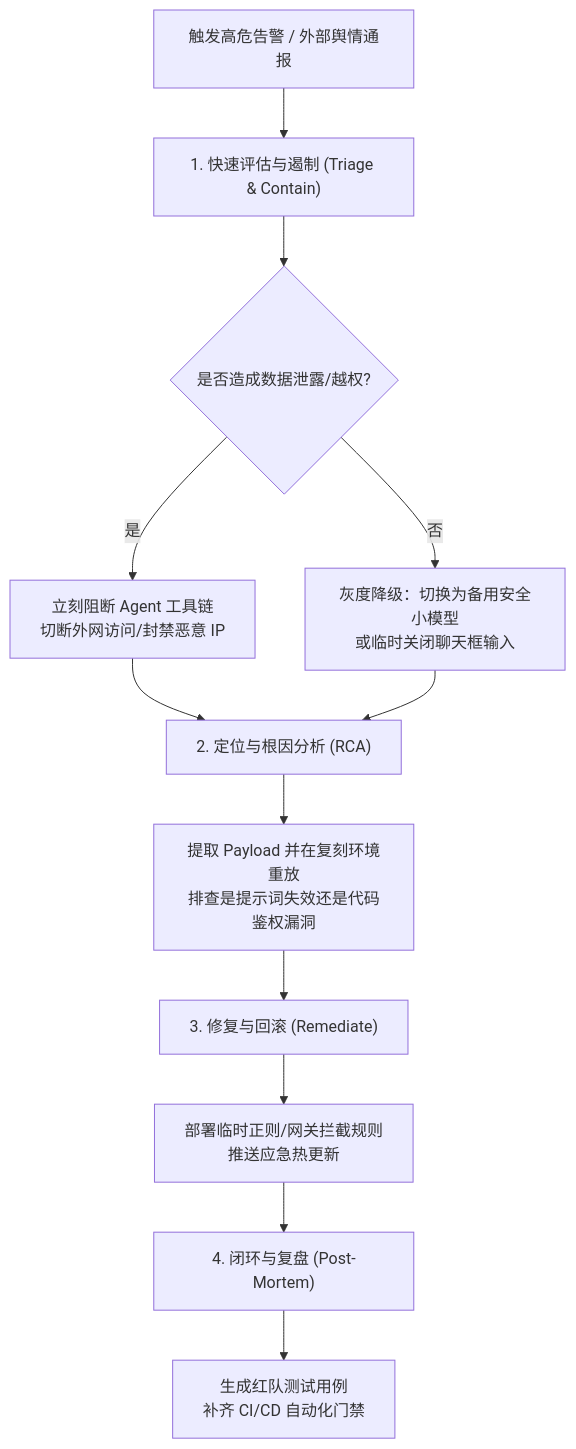
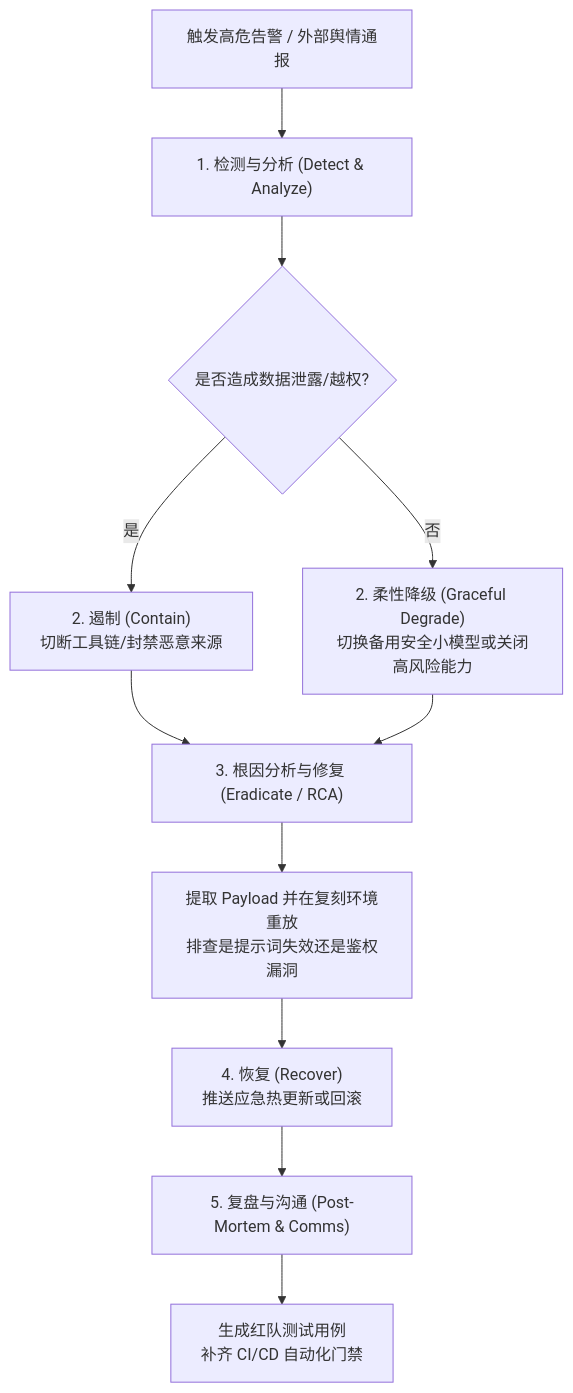
One commit to yeasy/ai_security_guide changed the diagram in 10_operations/10.3_incident_response.md. Above: the diagram before and after it, drawn with Mermaid. The commit also changed other lines of this file and 24 other files, not shown here.

````diff
--- a/10_operations/10.3_incident_response.md
+++ b/10_operations/10.3_incident_response.md
@@ -20,14 +20,13 @@
 ```mermaid
 flowchart TD
-    A["触发高危告警 / 外部舆情通报"] --> B["1. 快速评估与遏制 (Triage & Contain)"]
+    A["触发高危告警 / 外部舆情通报"] --> B["1. 检测与分析 (Detect & Analyze)"]
     B --> C{"是否造成数据泄露/越权?"}
-    C -- "是" --> D["立刻阻断 Agent 工具链<br/>切断外网访问/封禁恶意 IP"]
-    C -- "否" --> E["灰度降级：切换为备用安全小模型<br/>或临时关闭聊天框输入"]
-    D --> F["2. 定位与根因分析 (RCA)"]
+    C -- "是" --> D["2. 遏制 (Contain)<br/>切断工具链/封禁恶意来源"]
+    C -- "否" --> E["2. 柔性降级 (Graceful Degrade)<br/>切换备用安全小模型或关闭高风险能力"]
+    D --> F["3. 根因分析与修复 (Eradicate / RCA)"]
     E --> F
-    F --> G["提取 Payload 并在复刻环境重放<br/>排查是提示词失效还是代码鉴权漏洞"]
-    G --> H["3. 修复与回滚 (Remediate)"]
-    H --> I["部署临时正则/网关拦截规则<br/>推送应急热更新"]
-    I --> J["4. 闭环与复盘 (Post-Mortem)"]
-    J --> K["生成红队测试用例<br/>补齐 CI/CD 自动化门禁"]
+    F --> G["提取 Payload 并在复刻环境重放<br/>排查是提示词失效还是鉴权漏洞"]
+    G --> H["4. 恢复 (Recover)<br/>推送应急热更新或回滚"]
+    H --> I["5. 复盘与沟通 (Post-Mortem & Comms)"]
+    I --> J["生成红队测试用例<br/>补齐 CI/CD 自动化门禁"]
 ```
````
